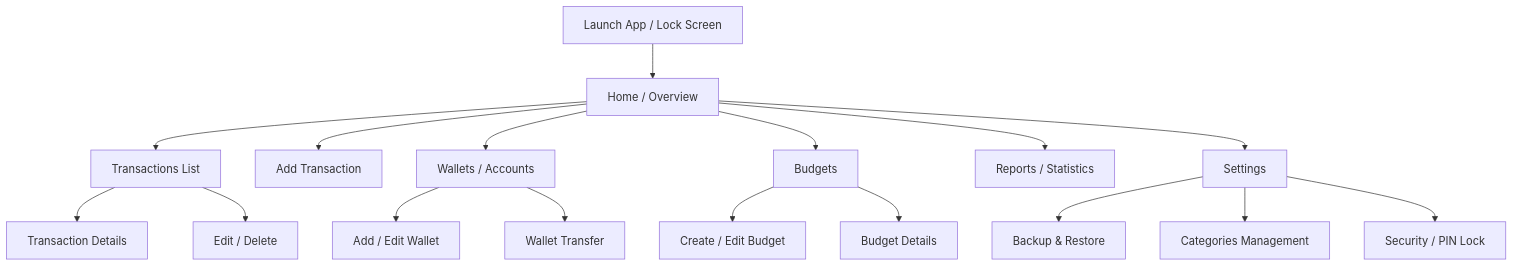
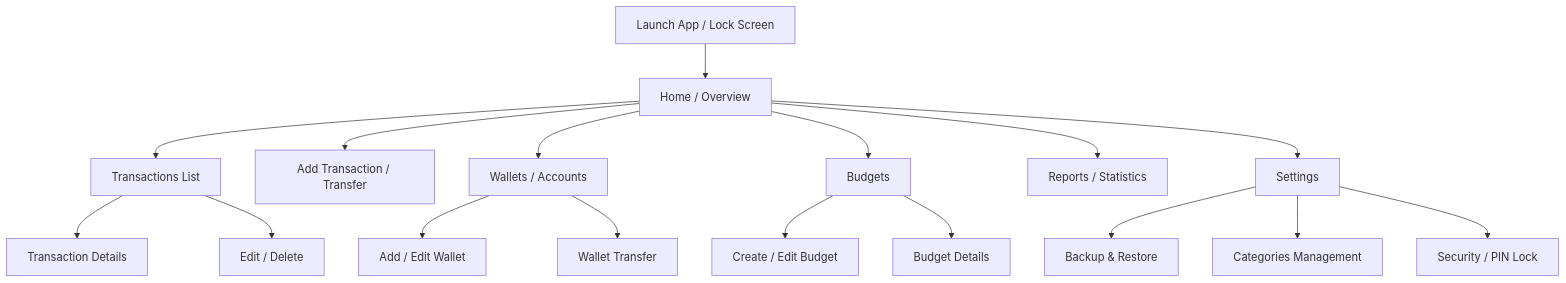
One commit to solomonrajan/cashledger changed the diagram in README.md. Above: the diagram before and after it, drawn with Mermaid. The commit also changed other lines of this file, not shown here.

````diff
--- a/README.md
+++ b/README.md
@@ -59,23 +61,23 @@
 ```mermaid
-graph TD
+flowchart TD
     A[Launch App / Lock Screen] --> B[Home / Overview]
     B --> C[Transactions List]
-    B --> D[Add Transaction]
+    B --> D[Add Transaction / Transfer]
     B --> E[Wallets / Accounts]
     B --> F[Budgets]
     B --> G[Reports / Statistics]
     B --> H[Settings]
 
     C --> C1[Transaction Details]
     C --> C2[Edit / Delete]
 
     E --> E1[Add / Edit Wallet]
     E --> E2[Wallet Transfer]
 
     F --> F1[Create / Edit Budget]
     F --> F2[Budget Details]
 
     H --> H1[Backup & Restore]
     H --> H2[Categories Management]
     H --> H3[Security / PIN Lock]
 ```
````
